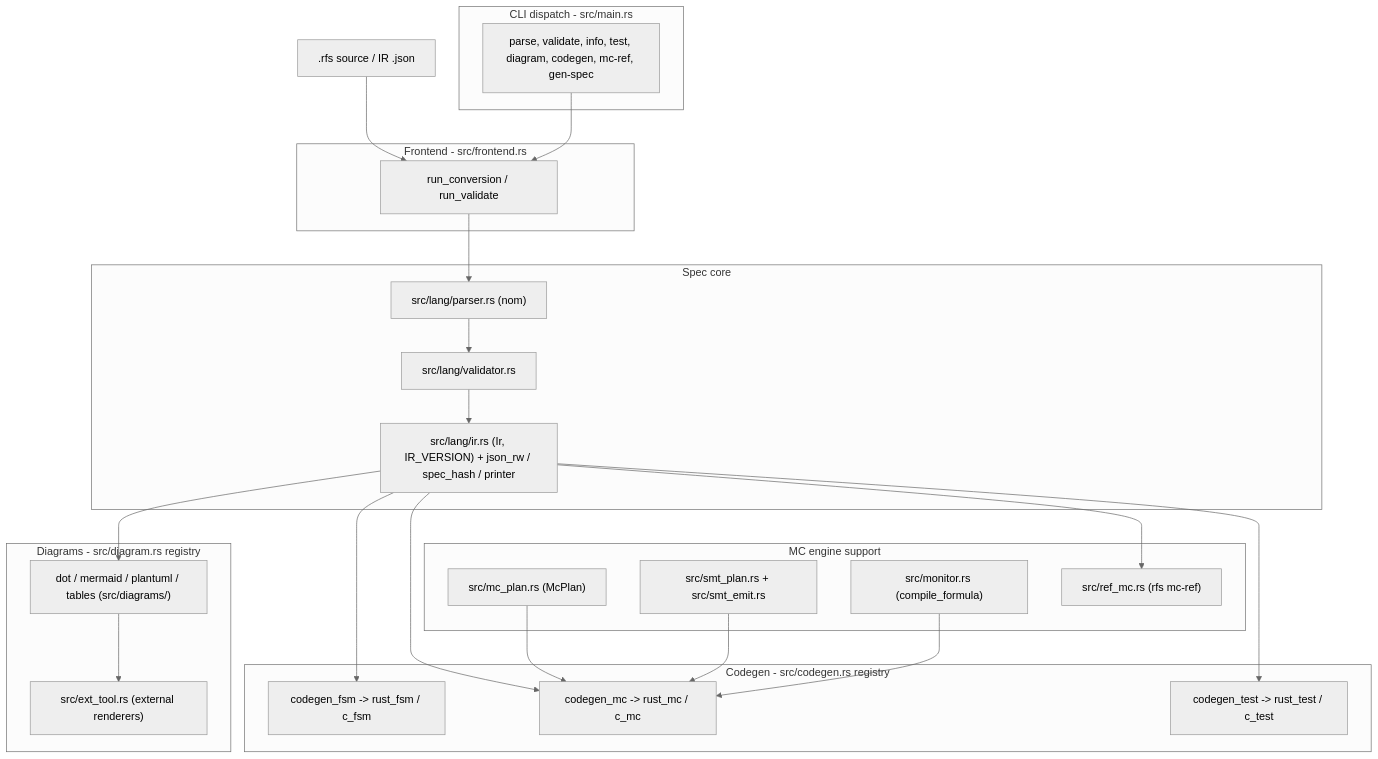
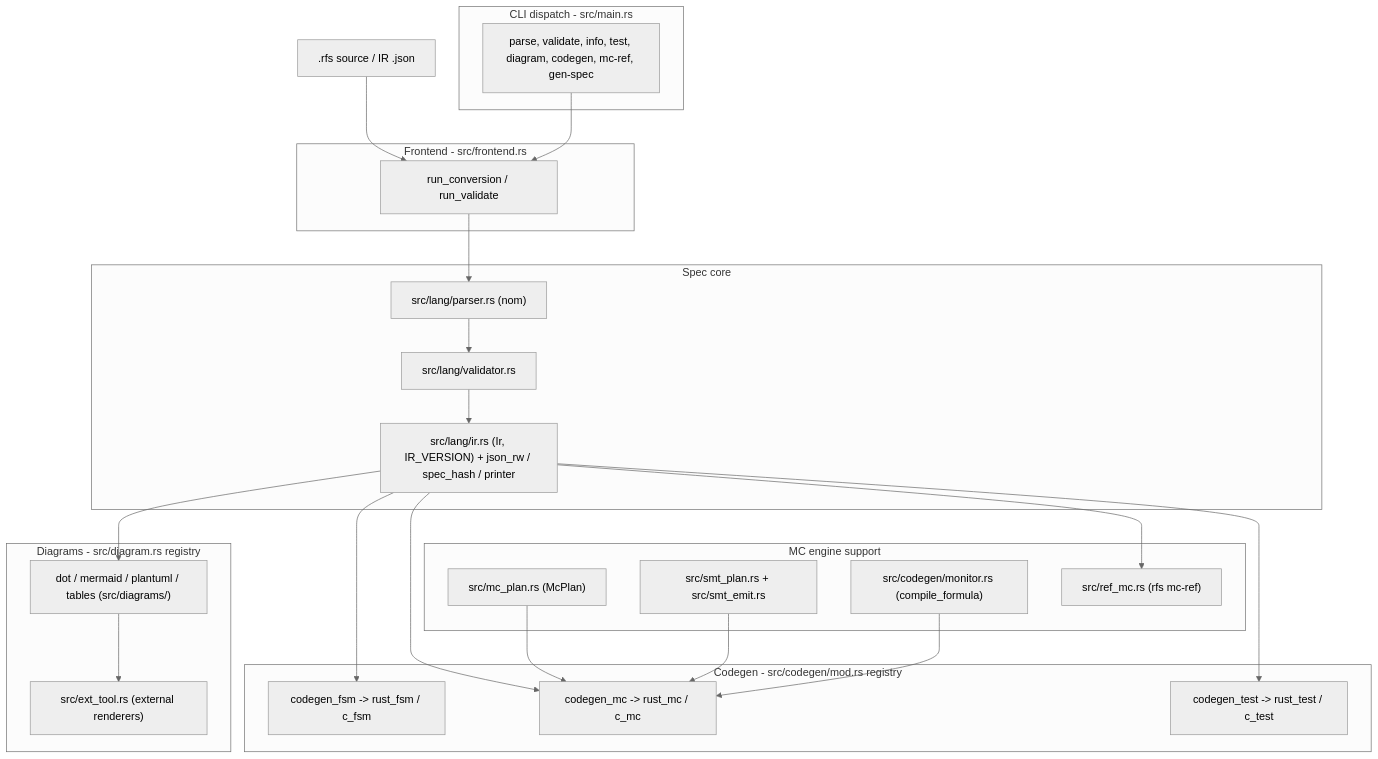
The first of 2 diagrams in docs/dev/ARCHITECTURE.md (vasil-sd/RFS), drawn with Mermaid (neutral theme) before and after one commit. The commit also changed other lines of this file and 49 other files, not shown here.

````diff
--- a/docs/dev/ARCHITECTURE.md
+++ b/docs/dev/ARCHITECTURE.md
@@ -59,51 +59,51 @@
 ```mermaid
 flowchart TD
     IN[".rfs source / IR .json"]
 
     subgraph CLI["CLI dispatch - src/main.rs"]
         CMD["parse, validate, info, test, diagram, codegen, mc-ref, gen-spec"]
     end
 
     subgraph FE["Frontend - src/frontend.rs"]
         CONV["run_conversion / run_validate"]
     end
 
     subgraph CORE["Spec core"]
         PARSER["src/lang/parser.rs (nom)"]
         VALID["src/lang/validator.rs"]
         IR["src/lang/ir.rs (Ir, IR_VERSION) + json_rw / spec_hash / printer"]
     end
 
-    subgraph GEN["Codegen - src/codegen.rs registry"]
+    subgraph GEN["Codegen - src/codegen/mod.rs registry"]
         FSM["codegen_fsm -> rust_fsm / c_fsm"]
         MC["codegen_mc -> rust_mc / c_mc"]
         TEST["codegen_test -> rust_test / c_test"]
     end
 
     subgraph MCE["MC engine support"]
         MCP["src/mc_plan.rs (McPlan)"]
         SMT["src/smt_plan.rs + src/smt_emit.rs"]
-        MON["src/monitor.rs (compile_formula)"]
+        MON["src/codegen/monitor.rs (compile_formula)"]
         REF["src/ref_mc.rs (rfs mc-ref)"]
     end
 
     subgraph DIAG["Diagrams - src/diagram.rs registry"]
         PLUG["dot / mermaid / plantuml / tables (src/diagrams/)"]
         EXT["src/ext_tool.rs (external renderers)"]
     end
 
     IN --> CONV
     CMD --> CONV
     CONV --> PARSER
     PARSER --> VALID
     VALID --> IR
     IR --> FSM
     IR --> MC
     IR --> TEST
     IR --> PLUG
     MCP --> MC
     SMT --> MC
     MON --> MC
     IR --> REF
     PLUG --> EXT
 ```
````
